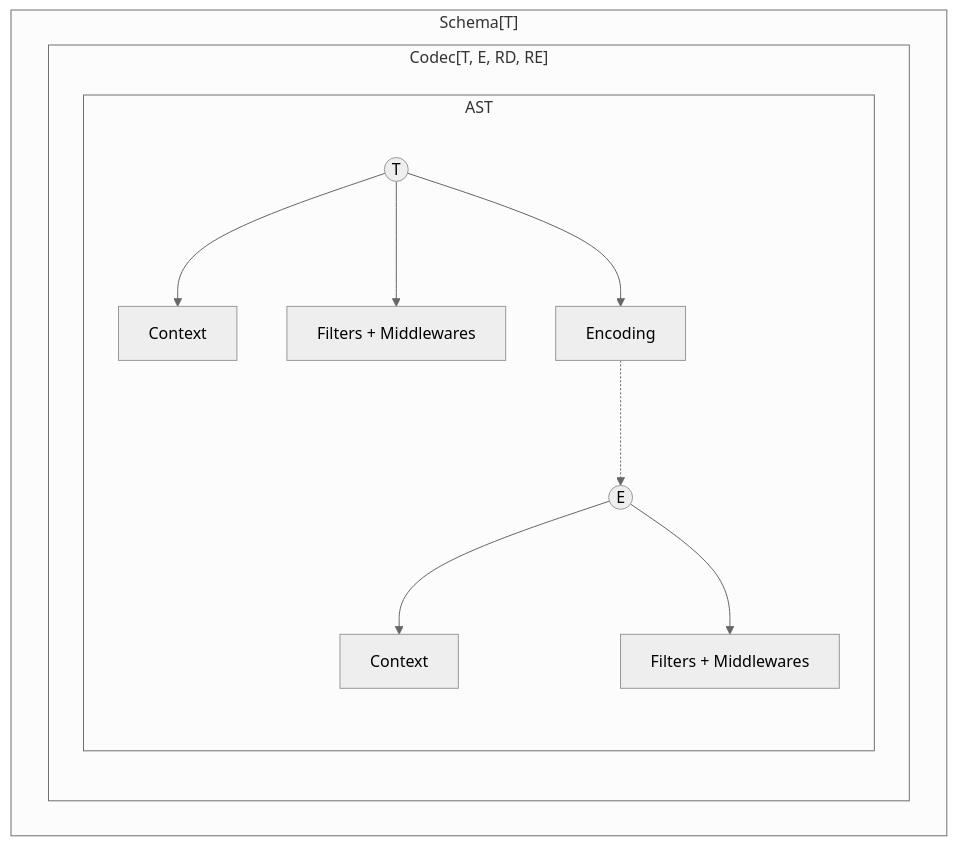
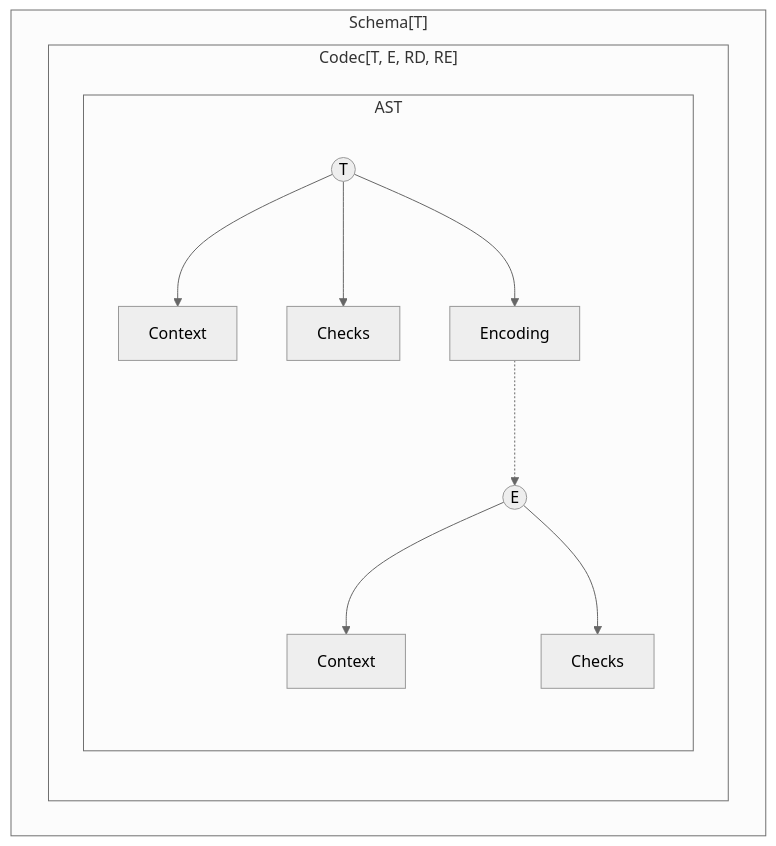
One commit to suddenlyGiovanni/effect-smol changed the first of 2 diagrams in packages/effect/SCHEMA.md. Above: the diagram before and after it, drawn with Mermaid (neutral theme). The commit also changed other lines of this file and 16 other files, not shown here.

First line of the commit message:
simplify filters and remove middlewares (#110)

````diff
--- a/packages/effect/SCHEMA.md
+++ b/packages/effect/SCHEMA.md
@@ -5,20 +5,20 @@
 ```mermaid
 flowchart TD
   subgraph "Schema[T]"
   subgraph "Codec[T, E, RD, RE]"
   subgraph AST
     T@{ shape: circle, label: "T" }
     E@{ shape: circle, label: "E" }
-    ModifiersT[Filters + Middlewares]
-    ModifiersE[Filters + Middlewares]
+    checksT[Checks]
+    checksE[Checks]
     Encoding[Encoding]
     T --> TC[Context]
-    T --> ModifiersT
+    T --> checksT
     E --> EC[Context]
-    E --> ModifiersE
+    E --> checksE
     T --> Encoding
     Encoding .-> E
   end
   end
   end
 ```
````
